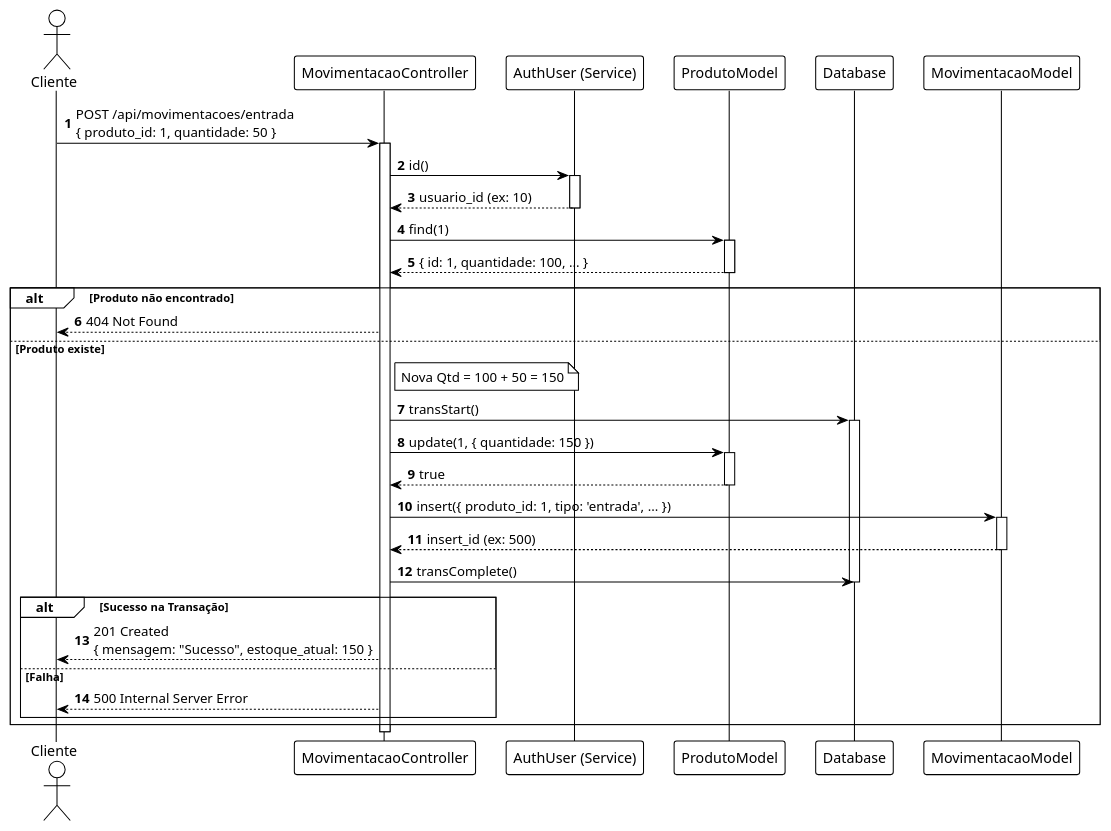
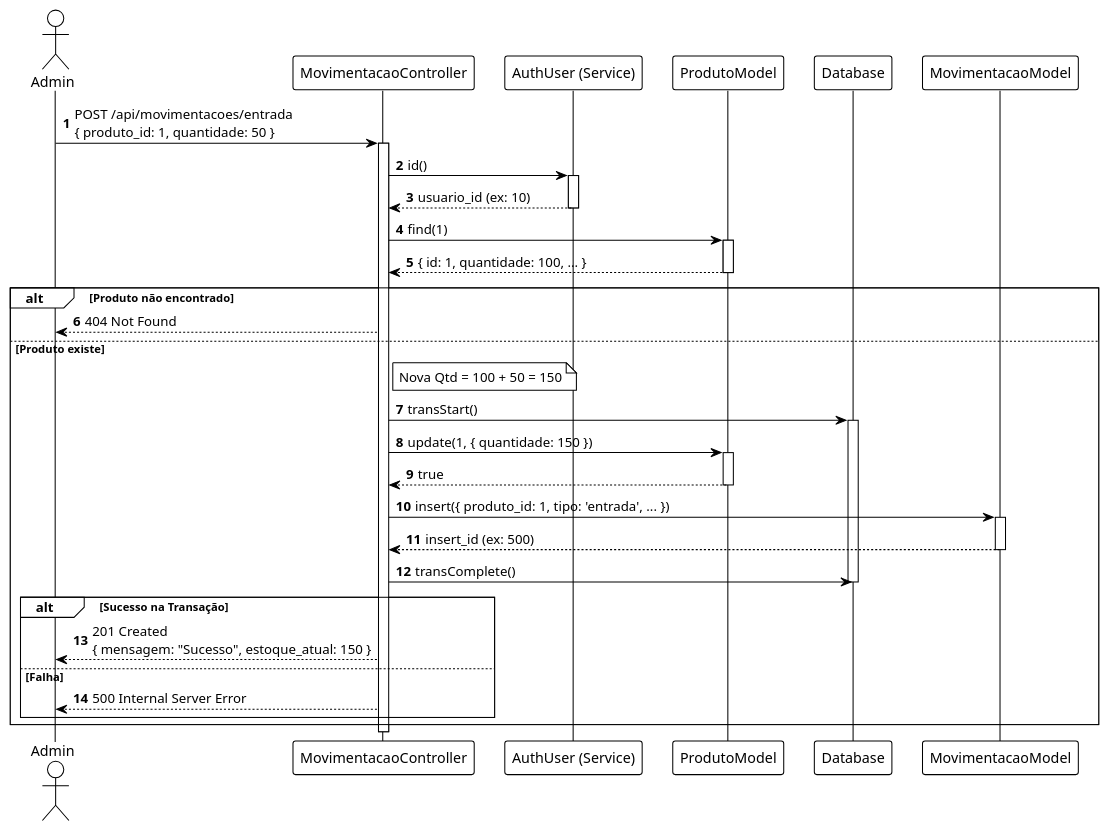
One commit to RenanDevFelipe/devostorage changed the diagram in documents/diagrama_sequencia.puml. Above: the diagram before and after it, drawn with PlantUML. The commit also changed 1 other file, not shown here.

```diff
--- a/documents/diagrama_sequencia.puml
+++ b/documents/diagrama_sequencia.puml
@@ -1,61 +1,61 @@
 @startuml
 !theme plain
 autonumber
 
-actor "Cliente" as User
+actor "Admin" as User
 participant "MovimentacaoController" as Ctrl
 participant "AuthUser (Service)" as AuthService
 participant "ProdutoModel" as ProdModel
 participant "Database" as DB
 participant "MovimentacaoModel" as MovModel
 
 User -> Ctrl : POST /api/movimentacoes/entrada\n{ produto_id: 1, quantidade: 50 }
 activate Ctrl
 
     ' 1. Autenticação e Validação
     Ctrl -> AuthService : id()
     activate AuthService
     AuthService --> Ctrl : usuario_id (ex: 10)
     deactivate AuthService
 
     ' 2. Buscar Produto
     Ctrl -> ProdModel : find(1)
     activate ProdModel
     ProdModel --> Ctrl : { id: 1, quantidade: 100, ... }
     deactivate ProdModel
 
     alt Produto não encontrado
         Ctrl --> User : 404 Not Found
     else Produto existe
         ' 3. Calcular nova quantidade
         note right of Ctrl : Nova Qtd = 100 + 50 = 150
 
         ' 4. Iniciar Transação
         Ctrl -> DB : transStart()
         activate DB
         
         ' 5. Atualizar Produto
         Ctrl -> ProdModel : update(1, { quantidade: 150 })
         activate ProdModel
         ProdModel --> Ctrl : true
         deactivate ProdModel
 
         ' 6. Registrar Movimentação
         Ctrl -> MovModel : insert({ produto_id: 1, tipo: 'entrada', ... })
         activate MovModel
         MovModel --> Ctrl : insert_id (ex: 500)
         deactivate MovModel
 
         ' 7. Finalizar Transação
         Ctrl -> DB : transComplete()
         deactivate DB
 
         alt Sucesso na Transação
             Ctrl --> User : 201 Created\n{ mensagem: "Sucesso", estoque_atual: 150 }
         else Falha
             Ctrl --> User : 500 Internal Server Error
         end
     end
 
 deactivate Ctrl
 @enduml
```
